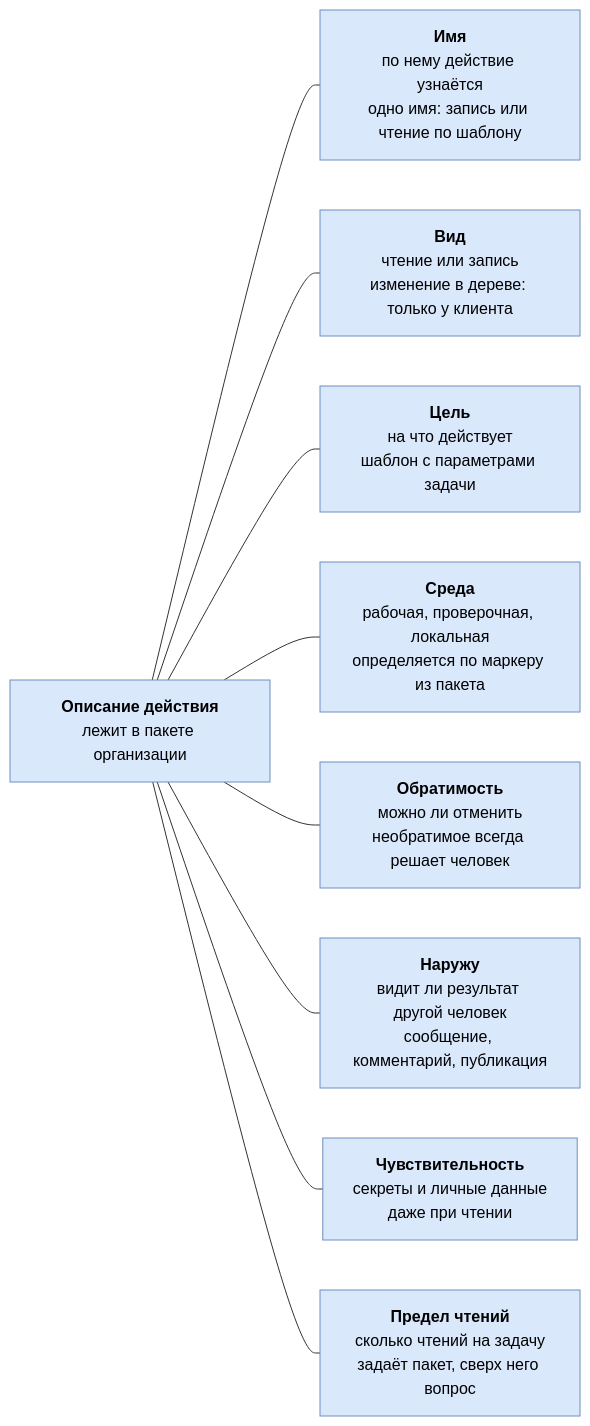
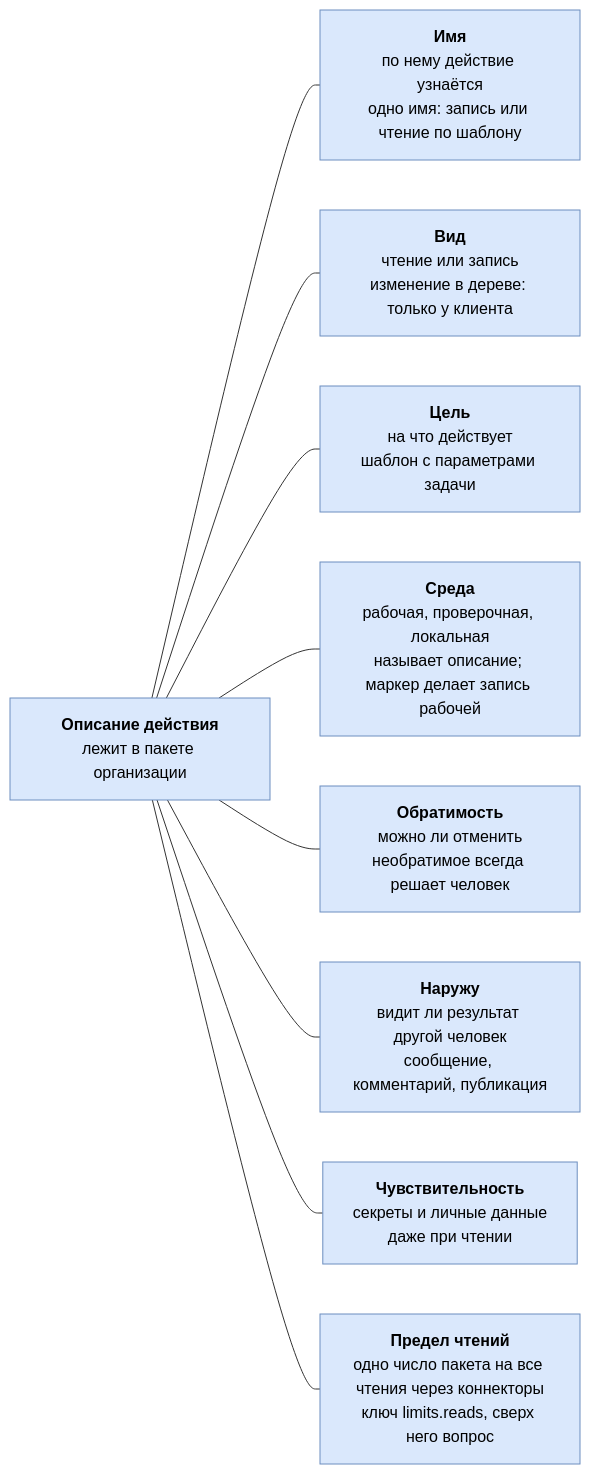
The eighth of 28 diagrams in docs/spec/harness-spec.md (roygkov/reins), drawn with Mermaid before and after one commit. The commit also changed other lines of this file, not shown here.

````diff
--- a/docs/spec/harness-spec.md
+++ b/docs/spec/harness-spec.md
@@ -412,23 +424,23 @@
 ```mermaid
 flowchart LR
   classDef contract fill:#dae8fc,stroke:#6c8ebf,color:#000
 
   d["<b>Описание действия</b><br/>лежит в пакете организации"]:::contract
   f1["<b>Имя</b><br/>по нему действие узнаётся<br/>одно имя: запись или чтение по шаблону"]:::contract
   f2["<b>Вид</b><br/>чтение или запись<br/>изменение в дереве: только у клиента"]:::contract
   f3["<b>Цель</b><br/>на что действует<br/>шаблон с параметрами задачи"]:::contract
-  f4["<b>Среда</b><br/>рабочая, проверочная, локальная<br/>определяется по маркеру из пакета"]:::contract
+  f4["<b>Среда</b><br/>рабочая, проверочная, локальная<br/>называет описание; маркер делает запись рабочей"]:::contract
   f5["<b>Обратимость</b><br/>можно ли отменить<br/>необратимое всегда решает человек"]:::contract
   f6["<b>Наружу</b><br/>видит ли результат другой человек<br/>сообщение, комментарий, публикация"]:::contract
   f7["<b>Чувствительность</b><br/>секреты и личные данные<br/>даже при чтении"]:::contract
-  f8["<b>Предел чтений</b><br/>сколько чтений на задачу<br/>задаёт пакет, сверх него вопрос"]:::contract
+  f8["<b>Предел чтений</b><br/>одно число пакета на все чтения через коннекторы<br/>ключ limits.reads, сверх него вопрос"]:::contract
 
   d --- f1
   d --- f2
   d --- f3
   d --- f4
   d --- f5
   d --- f6
   d --- f7
   d --- f8
 ```
````
